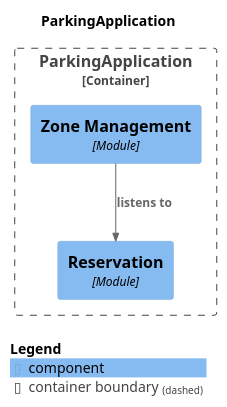
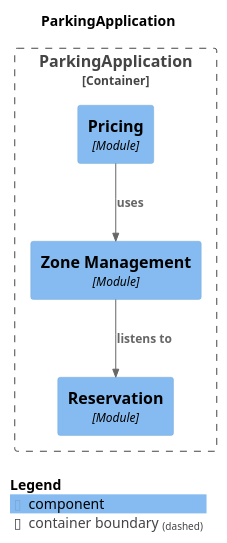
Before and after one commit to VladTZY/Erasmus-CarParking: the diagram in target/spring-modulith-docs/components.puml, drawn with PlantUML. The commit also changed 28 other files, not shown here.

```diff
--- a/target/spring-modulith-docs/components.puml
+++ b/target/spring-modulith-docs/components.puml
@@ -1,19 +1,21 @@
 @startuml
 set separator none
 title ParkingApplication
 
 top to bottom direction
 
 !include <C4/C4>
 !include <C4/C4_Context>
 !include <C4/C4_Component>
 
 Container_Boundary("ParkingApplication.ParkingApplication_boundary", "ParkingApplication", $tags="") {
+  Component(ParkingApplication.ParkingApplication.Pricing, "Pricing", $techn="Module", $descr="", $tags="", $link="")
   Component(ParkingApplication.ParkingApplication.Reservation, "Reservation", $techn="Module", $descr="", $tags="", $link="")
   Component(ParkingApplication.ParkingApplication.ZoneManagement, "Zone Management", $techn="Module", $descr="", $tags="", $link="")
 }
 
+Rel(ParkingApplication.ParkingApplication.Pricing, ParkingApplication.ParkingApplication.ZoneManagement, "uses", $techn="", $tags="", $link="")
 Rel(ParkingApplication.ParkingApplication.ZoneManagement, ParkingApplication.ParkingApplication.Reservation, "listens to", $techn="", $tags="", $link="")
 
 SHOW_LEGEND(true)
 @enduml
```
